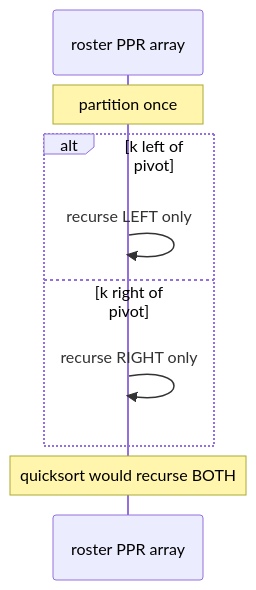
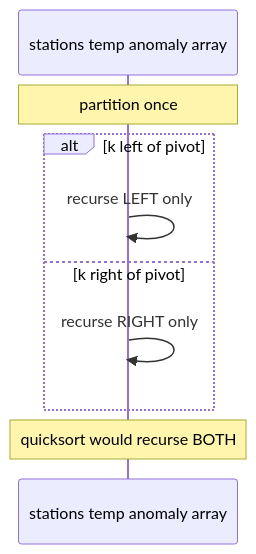
The second of 8 diagrams in docs/dsa/algorithms/quickselect/index.md (qgjones9/python-programming-guide), drawn with Mermaid before and after one commit. The commit also changed other lines of this file and 29 other files, not shown here.

````diff
--- a/docs/dsa/algorithms/quickselect/index.md
+++ b/docs/dsa/algorithms/quickselect/index.md
@@ -57,11 +57,11 @@
 ```mermaid
 sequenceDiagram
-  participant A as roster PPR array
+  participant A as stations temp anomaly array
   Note over A: partition once
   alt k left of pivot
     A->>A: recurse LEFT only
   else k right of pivot
     A->>A: recurse RIGHT only
   end
   Note over A: quicksort would recurse BOTH
 ```
````
